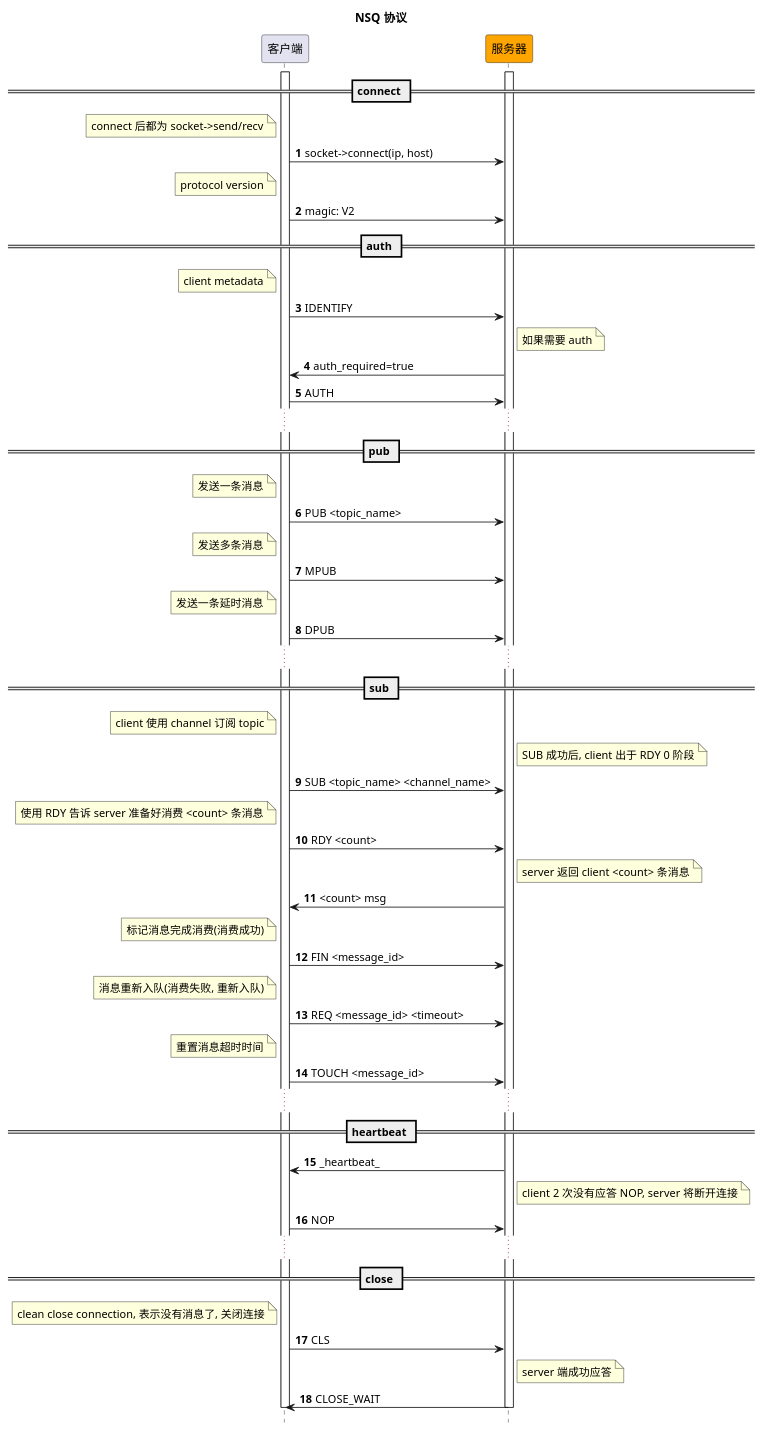
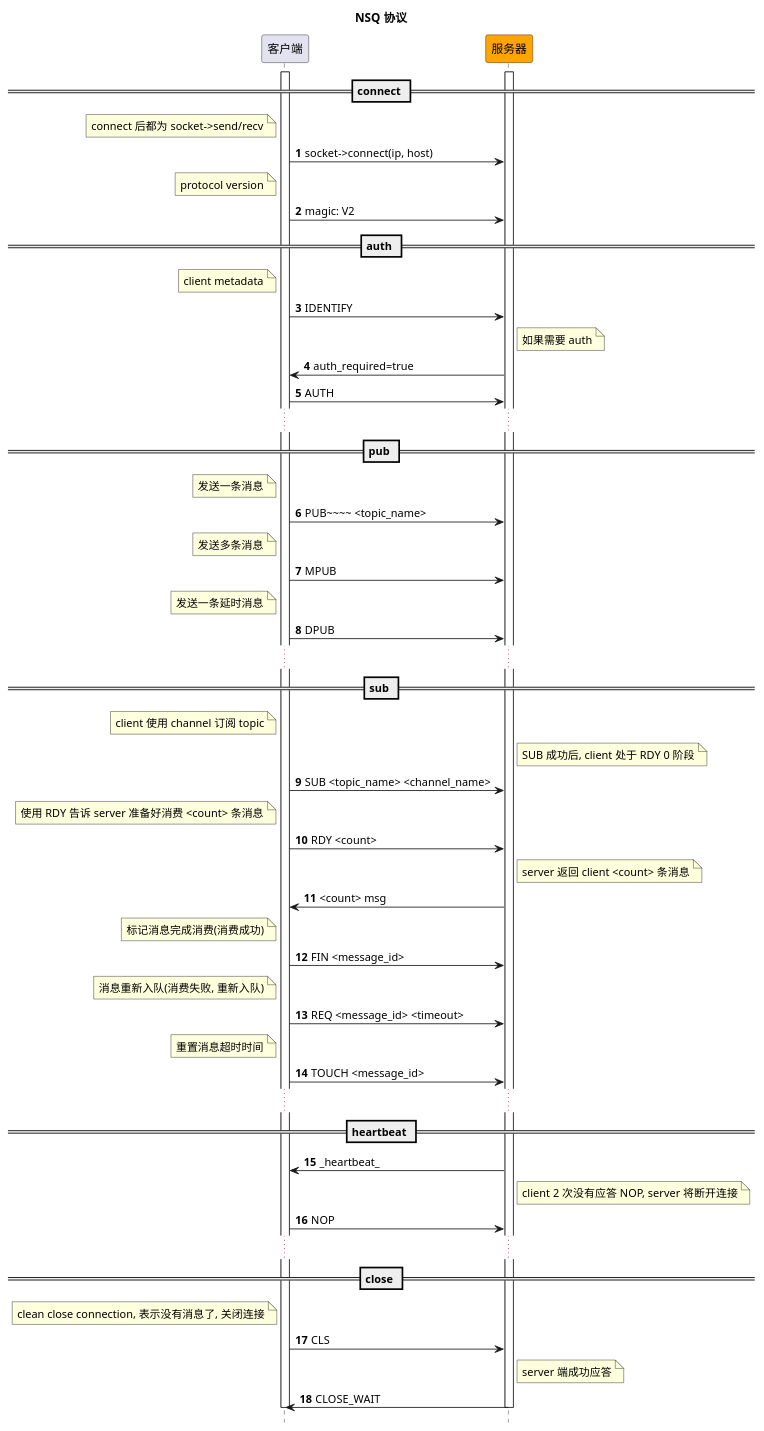
One commit to hyperf/hyperf changed the second of 2 diagrams in docs/zh-cn/nsq.md. Above: the diagram before and after it, drawn with PlantUML. The commit also changed 2 other files, not shown here.

Commit message:
Fix typo and translate

````diff
--- a/docs/zh-cn/nsq.md
+++ b/docs/zh-cn/nsq.md
@@ -317,69 +317,69 @@
 ```plantuml
 @startuml
 
 autonumber
 hide footbox
 title **NSQ 协议**
 
 participant "客户端" as client
 participant "服务器" as server #orange
 
 activate client
 activate server
 
 == connect ==
 note left of client: connect 后都为 socket->send/recv
 client -> server: socket->connect(ip, host)
 note left of client: protocol version
 client->server: magic: V2
 
 == auth ==
 note left of client: client metadata
 client->server: IDENTIFY
 note right of server: 如果需要 auth
 server->client: auth_required=true
 client->server: AUTH
 ...
 
 == pub ==
 note left of client: 发送一条消息
-client -> server: PUB <topic_name>
+client -> server: PUB~~~~ <topic_name>
 note left of client: 发送多条消息
 client -> server: MPUB
 note left of client: 发送一条延时消息
 client -> server: DPUB
 ...
 
 == sub ==
 note left of client: client 使用 channel 订阅 topic
-note right of server: SUB 成功后, client 出于 RDY 0 阶段
+note right of server: SUB 成功后, client 处于 RDY 0 阶段
 client -> server: SUB <topic_name> <channel_name>
 note left of client: 使用 RDY 告诉 server 准备好消费 <count> 条消息
 client -> server: RDY <count>
 note right of server: server 返回 client <count> 条消息
 server -> client: <count> msg
 note left of client: 标记消息完成消费(消费成功)
 client -> server: FIN <message_id>
 note left of client: 消息重新入队(消费失败, 重新入队)
 client -> server: REQ <message_id> <timeout>
 note left of client: 重置消息超时时间
 client -> server: TOUCH <message_id>
 ...
 
 == heartbeat ==
 server -> client: _heartbeat_
 note right of server: client 2 次没有应答 NOP, server 将断开连接
 client -> server: NOP
 ...
 
 == close ==
 note left of client: clean close connection, 表示没有消息了, 关闭连接
 client -> server: CLS
 note right of server: server 端成功应答
 server -> client: CLOSE_WAIT
 
 deactivate client
 deactivate server
 
 @enduml
 ```
````
